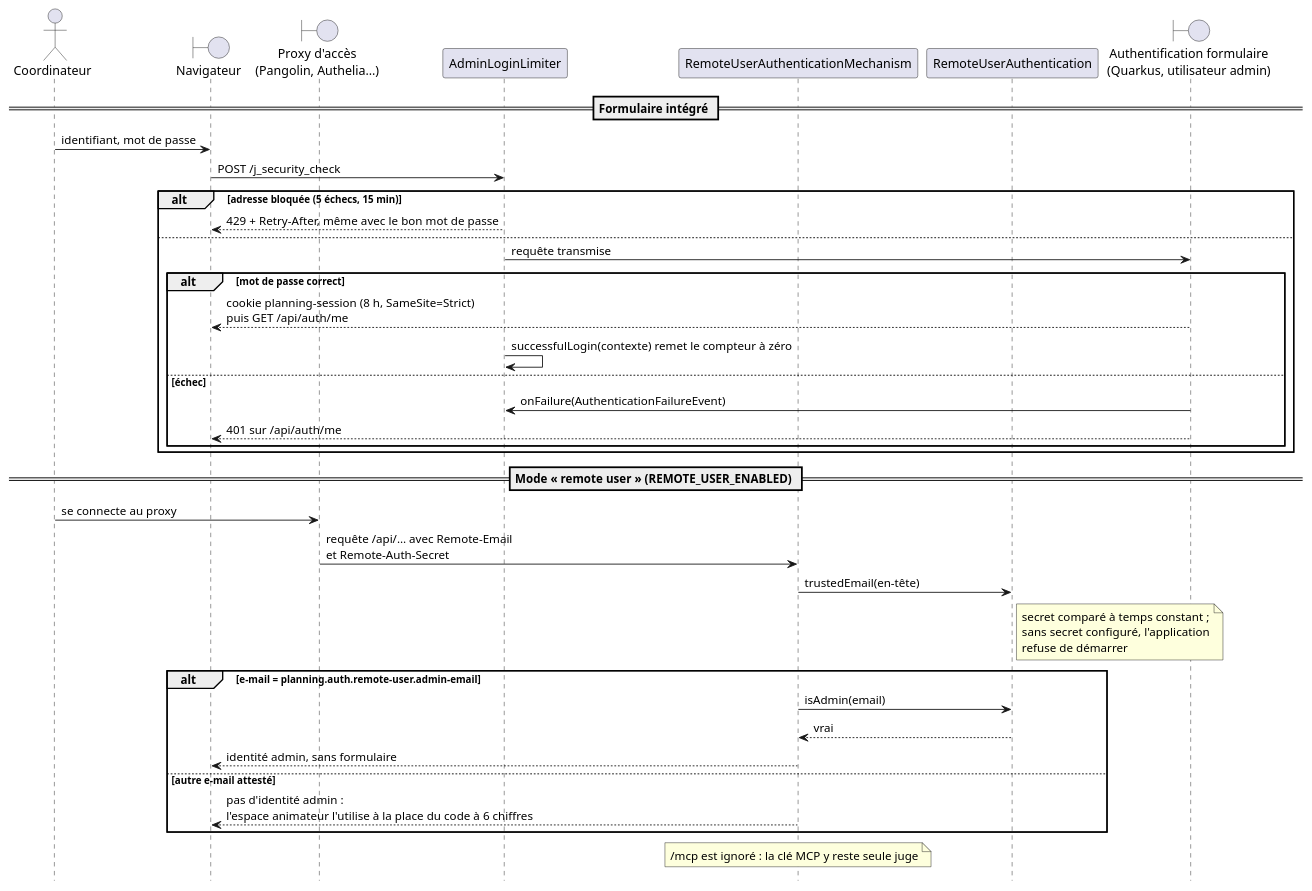
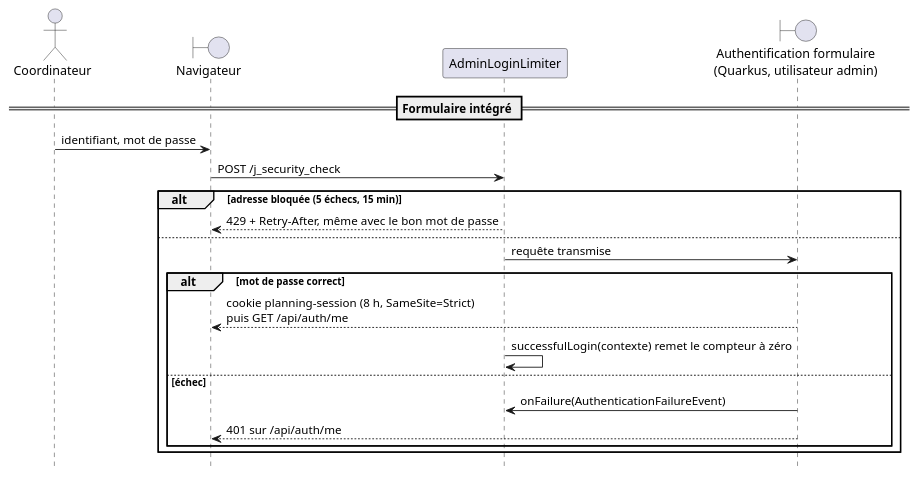
Before and after one commit to sylvainmetayer/planning-equipes: the diagram in docs/diagrammes/authentification.puml, drawn with PlantUML. The commit also changed 33 other files, not shown here.

Commit message:
refactor(auth)!: retrait du mode en-tête de proxy

```diff
--- a/docs/diagrammes/authentification.puml
+++ b/docs/diagrammes/authentification.puml
@@ -1,47 +1,29 @@
 @startuml
-' Les deux façons d'entrer comme coordinateur : le formulaire intégré, gardé
-' par un verrou par adresse, et l'en-tête d'un proxy d'accès (facultatif,
-' désactivé par défaut). La clé MCP et l'espace animateur ont leurs propres
+' La façon d'entrer comme coordinateur : le formulaire intégré, gardé
+' par un verrou par adresse. La clé MCP et l'espace animateur ont leurs propres
 ' diagrammes. Voir site/src/docs/comprendre/api-conventions.md.
 skinparam backgroundColor #FFFFFF
 skinparam responseMessageBelowArrow true
 hide footbox
 
 actor "Coordinateur" as admin
 boundary "Navigateur" as front
-boundary "Proxy d'accès\n(Pangolin, Authelia…)" as proxy
 participant AdminLoginLimiter as verrou
-participant RemoteUserAuthenticationMechanism as remote
-participant RemoteUserAuthentication as confiance
 boundary "Authentification formulaire\n(Quarkus, utilisateur admin)" as form
 
 == Formulaire intégré ==
 admin -> front : identifiant, mot de passe
 front -> verrou : POST /j_security_check
 alt adresse bloquée (5 échecs, 15 min)
   verrou --> front : 429 + Retry-After, même avec le bon mot de passe
 else
   verrou -> form : requête transmise
   alt mot de passe correct
     form --> front : cookie planning-session (8 h, SameSite=Strict)\npuis GET /api/auth/me
     verrou -> verrou : successfulLogin(contexte) remet le compteur à zéro
   else échec
     form -> verrou : onFailure(AuthenticationFailureEvent)
     form --> front : 401 sur /api/auth/me
   end
 end
-
-== Mode « remote user » (REMOTE_USER_ENABLED) ==
-admin -> proxy : se connecte au proxy
-proxy -> remote : requête /api/… avec Remote-Email\net Remote-Auth-Secret
-remote -> confiance : trustedEmail(en-tête)
-note right of confiance : secret comparé à temps constant ;\nsans secret configuré, l'application\nrefuse de démarrer
-alt e-mail = planning.auth.remote-user.admin-email
-  remote -> confiance : isAdmin(email)
-  confiance --> remote : vrai
-  remote --> front : identité admin, sans formulaire
-else autre e-mail attesté
-  remote --> front : pas d'identité admin :\nl'espace animateur l'utilise à la place du code à 6 chiffres
-end
-note over remote : /mcp est ignoré : la clé MCP y reste seule juge
 @enduml
```
